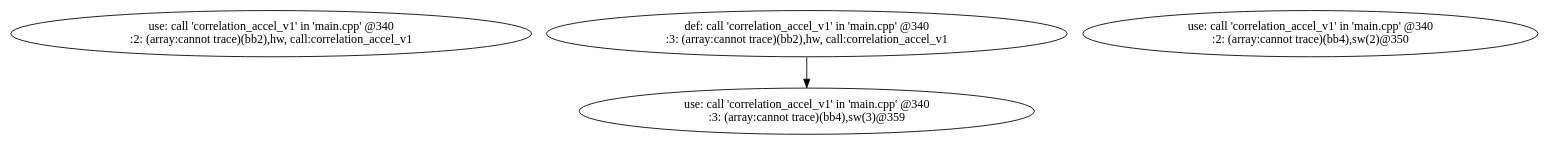
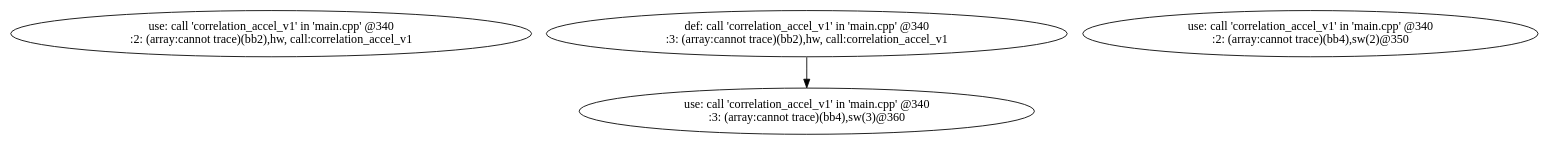
One commit to nguyencanhtrung/SDSoC changed the diagram in workspace/correlation_ver1/correlation_ver1_linux/SDRelease/_sds/.llvm/_px_defuse_main.dot. Above: the diagram before and after it, drawn with Graphviz. The commit also changed 26 other files, not shown here.

```diff
--- a/workspace/correlation_ver1/correlation_ver1_linux/SDRelease/_sds/.llvm/_px_defuse_main.dot
+++ b/workspace/correlation_ver1/correlation_ver1_linux/SDRelease/_sds/.llvm/_px_defuse_main.dot
@@ -1,7 +1,7 @@
 digraph defuse_graph {
 v0 [label = "use: call 'correlation_accel_v1' in 'main.cpp' @340\n:2: (array:cannot trace)(bb2),hw, call:correlation_accel_v1"];
 v1 [label = "def: call 'correlation_accel_v1' in 'main.cpp' @340\n:3: (array:cannot trace)(bb2),hw, call:correlation_accel_v1"];
 v2 [label = "use: call 'correlation_accel_v1' in 'main.cpp' @340\n:2: (array:cannot trace)(bb4),sw(2)@350"];
-v3 [label = "use: call 'correlation_accel_v1' in 'main.cpp' @340\n:3: (array:cannot trace)(bb4),sw(3)@359"];
+v3 [label = "use: call 'correlation_accel_v1' in 'main.cpp' @340\n:3: (array:cannot trace)(bb4),sw(3)@360"];
 v1 -> v3;
 }
```
